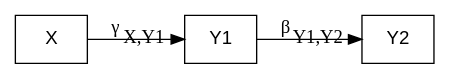
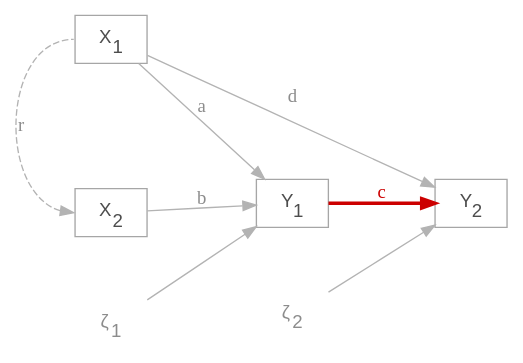
Before and after one commit to pennekampster/Swiss_SEM: diagram 12 of 26 in 5_Slides/Intro_to_SEM_part1.qmd, drawn with Graphviz. The commit also changed other lines of this file and 5 other files, not shown here.

````diff
--- a/5_Slides/Intro_to_SEM_part1.qmd
+++ b/5_Slides/Intro_to_SEM_part1.qmd
@@ -904,19 +876,20 @@
 ```{dot}
-//| fig-width: 6
-digraph  {
-
-  # a 'graph' statement
-  graph [overlap = false, fontsize = 15, layout = dot, rankdir = LR]
-
-  # 'node' statements
-  node [shape = box,
-        fontname = Helvetica]
-  X 
-  Y1 
-  Y2
-  
-  # 'edge' statements
-  X -> Y1 [label = <&gamma;<SUB>X,Y1</SUB>>]
-  Y1 -> Y2 [label = <&beta;<SUB>Y1,Y2</SUB>>]
+//| fig-width: 6.5
+//| fig-height: 3.3
+digraph {
+  graph [rankdir = LR, fontsize = 14, ranksep = 1.0, nodesep = 0.65]
+  node [shape = box, fontname = Helvetica, color = "gray65", fontcolor = "gray30"]
+  X1 [label = <X<SUB>1</SUB>>]; X2 [label = <X<SUB>2</SUB>>]
+  Y1 [label = <Y<SUB>1</SUB>>]; Y2 [label = <Y<SUB>2</SUB>>]
+  node [shape = plaintext, color = "gray65", fontcolor = "gray55"]
+  z1 [label = <&zeta;<SUB>1</SUB>>]; z2 [label = <&zeta;<SUB>2</SUB>>]
+  edge [color = "gray70", fontcolor = "gray55"]
+  X1 -> Y1 [label = "a"]; X2 -> Y1 [label = "b"]
+  X1 -> Y2 [label = "d"]
+  X1:w -> X2:w [dir = both, constraint = false, label = "r", style = dashed]
+  Y1 -> Y2 [label = "c", color = "#cc0000", penwidth = 2.6, fontcolor = "#cc0000"]
+  z1 -> Y1; z2 -> Y2
+  {rank = min; X1; X2}
+  {rank = max; Y2}
 }
 ```
````
